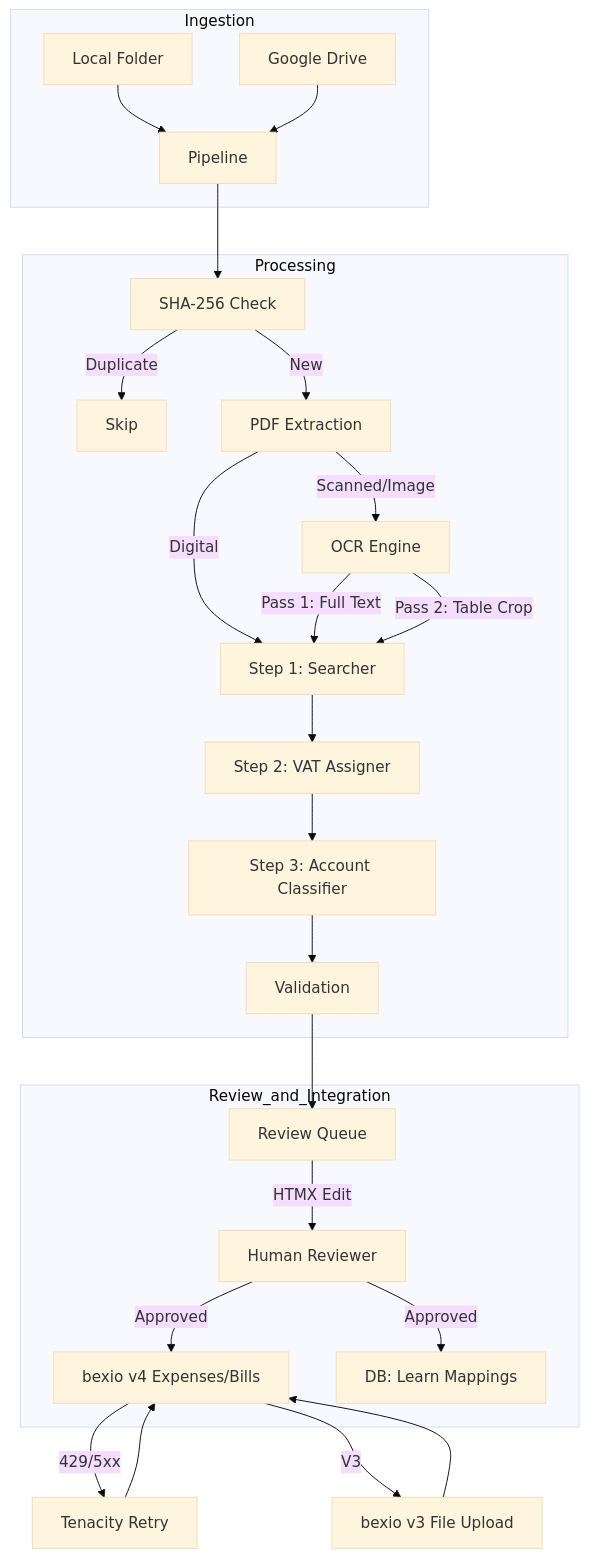
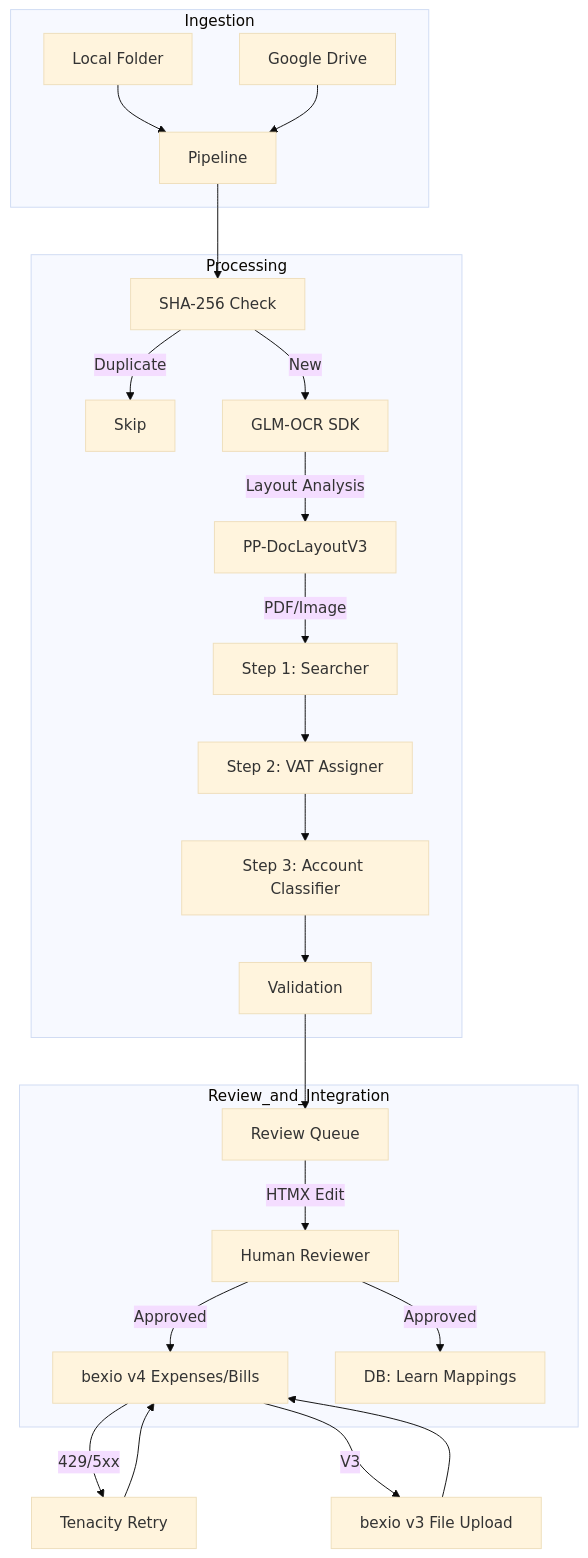
Before and after one commit to tazztone/bexio-receipts: the diagram in docs/ARCHITECTURE.md, drawn with Mermaid (base theme). The commit also changed other lines of this file and 5 other files, not shown here.

Commit message:
docs: update architecture, config, and operations for GLM-OCR SDK migration

````diff
--- a/docs/ARCHITECTURE.md
+++ b/docs/ARCHITECTURE.md
@@ -10,32 +10,30 @@
 ```mermaid
 graph TD
     subgraph Ingestion
         WatchedDir[Local Folder] --> P[Pipeline]
         GDrive[Google Drive] --> P
     end
 
     subgraph Processing
         P --> DB_Hash[SHA-256 Check]
         DB_Hash -- Duplicate --> Skip[Skip]
-        DB_Hash -- New --> PDF_Check[PDF Extraction]
-        PDF_Check -- Scanned/Image --> OCR[OCR Engine]
-        PDF_Check -- Digital --> LLM_S1[Step 1: Searcher]
-        OCR -- Pass 1: Full Text --> LLM_S1
-        OCR -- Pass 2: Table Crop --> LLM_S1
+        DB_Hash -- New --> OCR_SDK[GLM-OCR SDK]
+        OCR_SDK -- Layout Analysis --> PP_DocLayout[PP-DocLayoutV3]
+        PP_DocLayout -- PDF/Image --> LLM_S1[Step 1: Searcher]
         LLM_S1 --> LLM_S2[Step 2: VAT Assigner]
         LLM_S2 --> LLM_S3[Step 3: Account Classifier]
         LLM_S3 --> VAL[Validation]
     end
 
     subgraph Review_and_Integration
         VAL --> Review[Review Queue]
         Review -- HTMX Edit --> Human[Human Reviewer]
         Human -- Approved --> BEX_V4[bexio v4 Expenses/Bills]
         Human -- Approved --> DB_Learn[DB: Learn Mappings]
     end
 
     BEX_V4 -- 429/5xx --> Retry[Tenacity Retry]
     Retry --> BEX_V4
     BEX_V4 -- V3 --> Upload[bexio v3 File Upload]
     Upload --> BEX_V4
 ```
````
